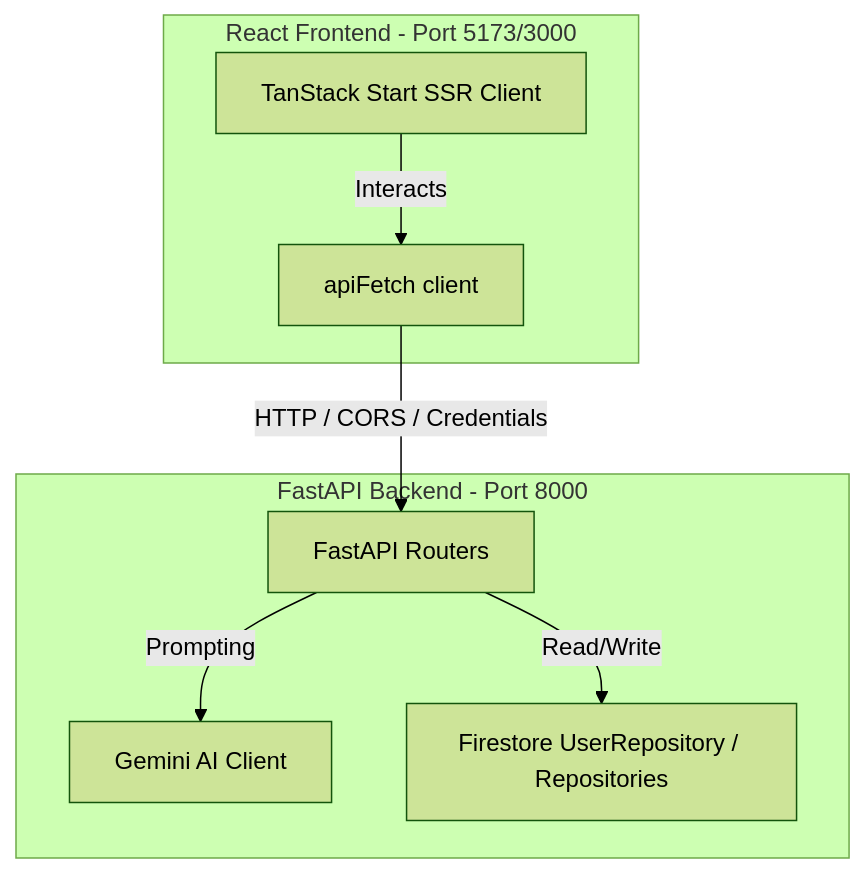
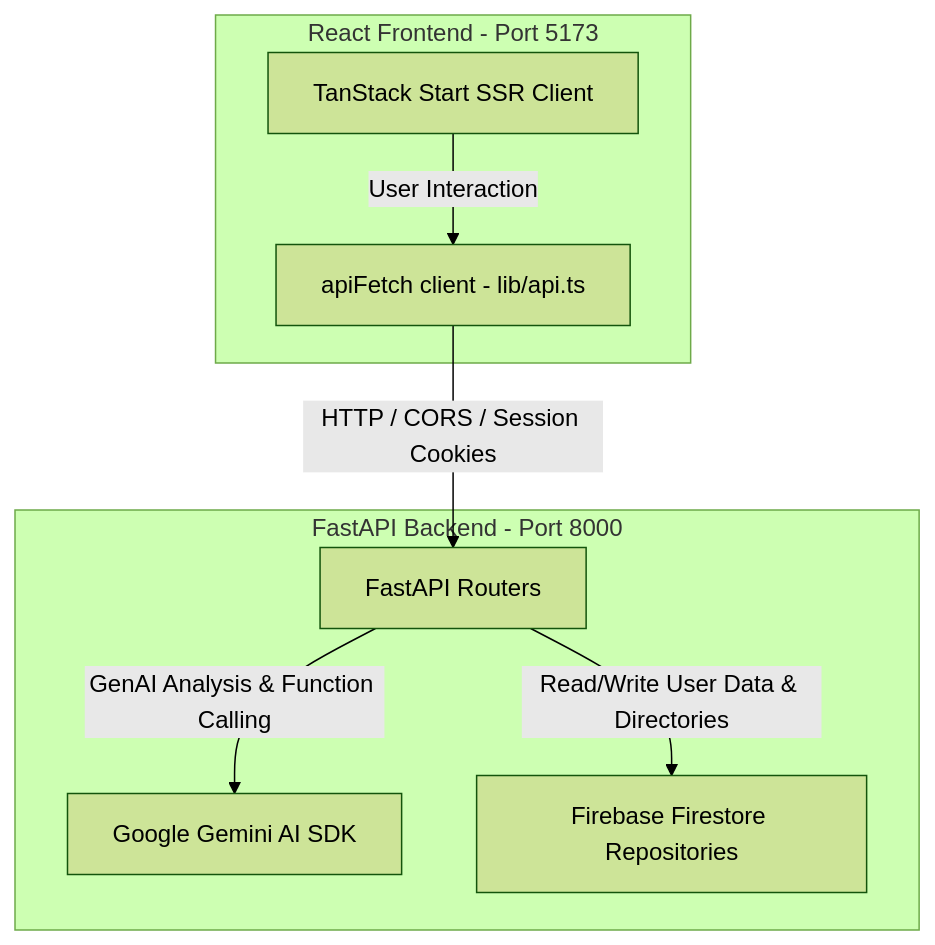
One commit to Yas-esh99/healthbox changed the diagram in README.md. Above: the diagram before and after it, drawn with Mermaid (forest theme). The commit also changed other lines of this file, not shown here.

````diff
--- a/README.md
+++ b/README.md
@@ -11,18 +23,18 @@
-```mermaid
-graph TD
-    subgraph Frontend [React Frontend - Port 5173/3000]
-        Client[TanStack Start SSR Client]
-        APIClient[apiFetch client]
-    end
+   ```mermaid
+   graph TD
+      subgraph Frontend [React Frontend - Port 5173]
+         Client[TanStack Start SSR Client]
+         APIClient[apiFetch client - lib/api.ts]
+      end
 
-    subgraph Backend [FastAPI Backend - Port 8000]
-        API[FastAPI Routers]
-        LLM[Gemini AI Client]
-        DB[Firestore UserRepository / Repositories]
-    end
+      subgraph Backend [FastAPI Backend - Port 8000]
+         API[FastAPI Routers]
+         LLM[Google Gemini AI SDK]
+         DB[Firebase Firestore Repositories]
+      end
 
-    Client -->|Interacts| APIClient
-    APIClient -->|HTTP / CORS / Credentials| API
-    API -->|Prompting| LLM
-    API -->|Read/Write| DB
-```
+      Client -->|User Interaction| APIClient
+      APIClient -->|HTTP / CORS / Session Cookies| API
+      API -->|GenAI Analysis & Function Calling| LLM
+      API -->|Read/Write User Data & Directories| DB
+   ```
````
